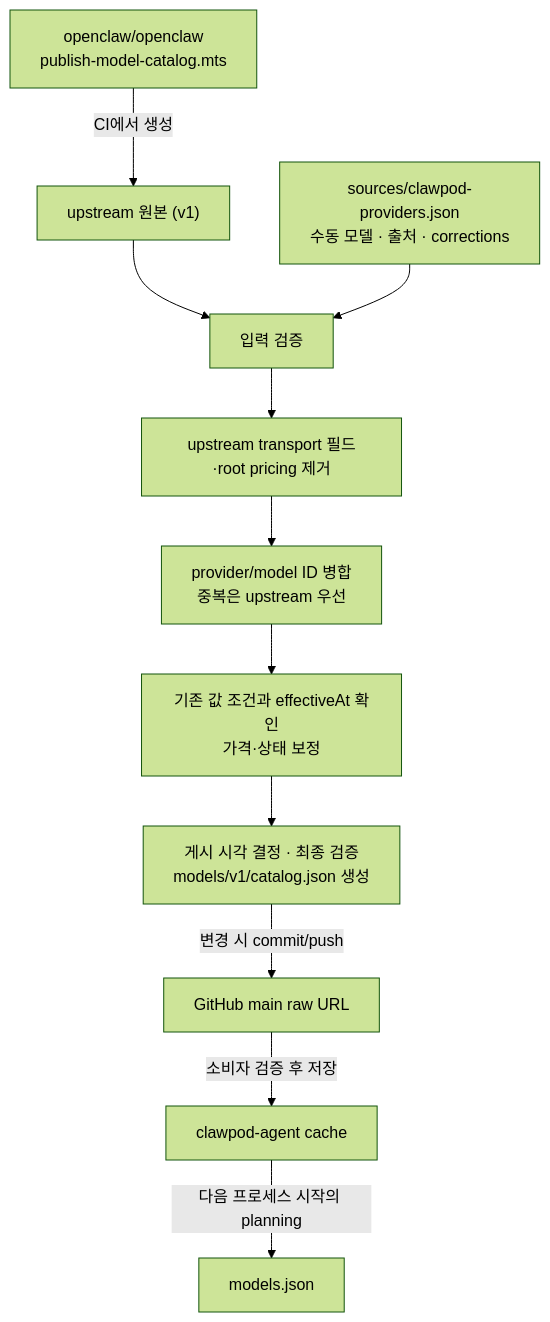
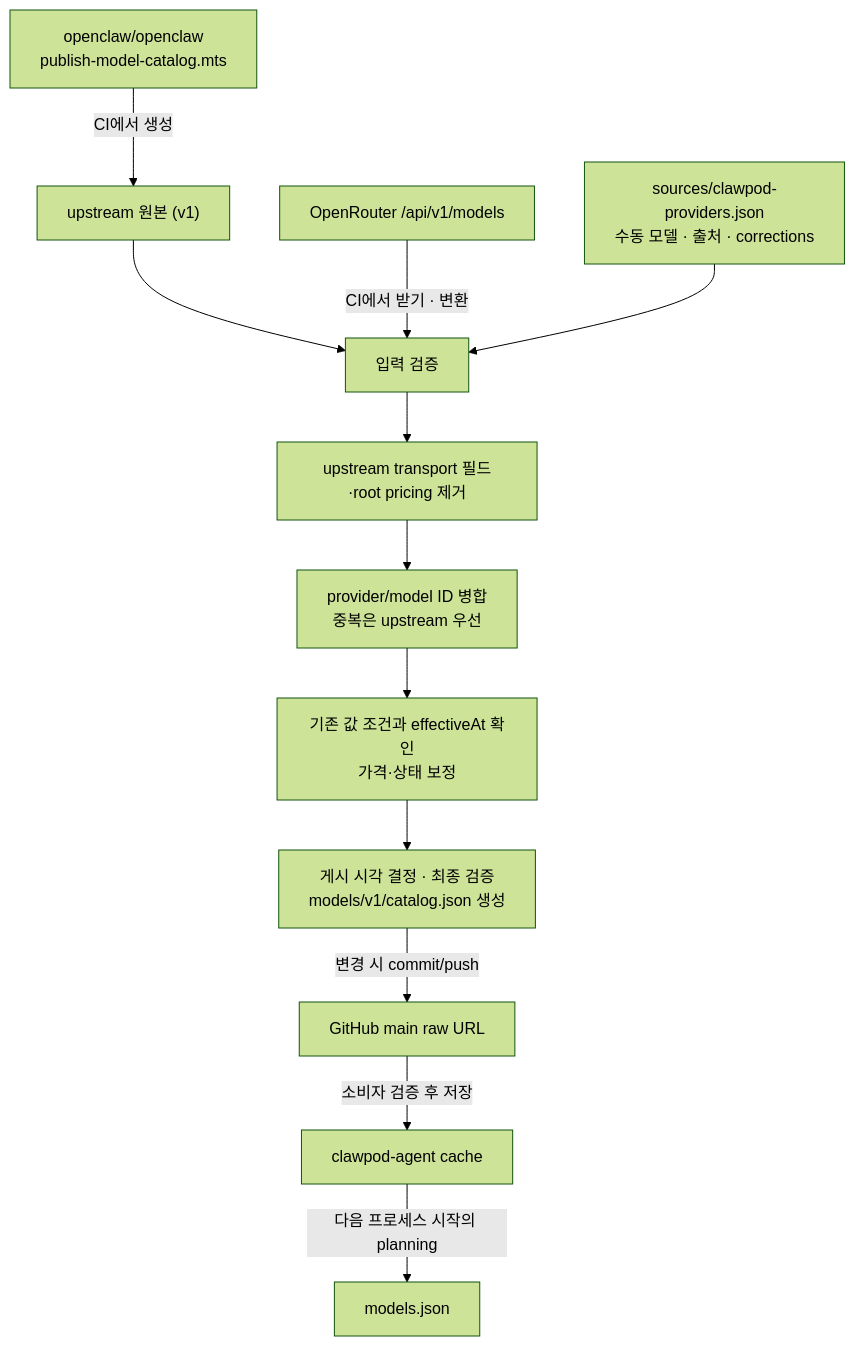
Before and after one commit to Wondermove-Inc/clawpod-catalog: the diagram in README.md, drawn with Mermaid (forest theme). The commit also changed other lines of this file and 10 other files, not shown here.

First line of the commit message:
feat: refresh provider supplements and auto-update OpenRouter from its public API

````diff
--- a/README.md
+++ b/README.md
@@ -22,13 +22,14 @@
 ```mermaid
 flowchart TD
     O["openclaw/openclaw<br/>publish-model-catalog.mts"] -->|"CI에서 생성"| U["upstream 원본 (v1)"]
     U --> V["입력 검증"]
+    OR["OpenRouter /api/v1/models"] -->|"CI에서 받기 · 변환"| V
     S["sources/clawpod-providers.json<br/>수동 모델 · 출처 · corrections"] --> V
     V --> T["upstream transport 필드·root pricing 제거"]
     T --> M["provider/model ID 병합<br/>중복은 upstream 우선"]
     M --> C["기존 값 조건과 effectiveAt 확인<br/>가격·상태 보정"]
     C --> P["게시 시각 결정 · 최종 검증<br/>models/v1/catalog.json 생성"]
     P -->|"변경 시 commit/push"| G["GitHub main raw URL"]
     G -->|"소비자 검증 후 저장"| A["clawpod-agent cache"]
     A -->|"다음 프로세스 시작의 planning"| R["models.json"]
 ```
````
